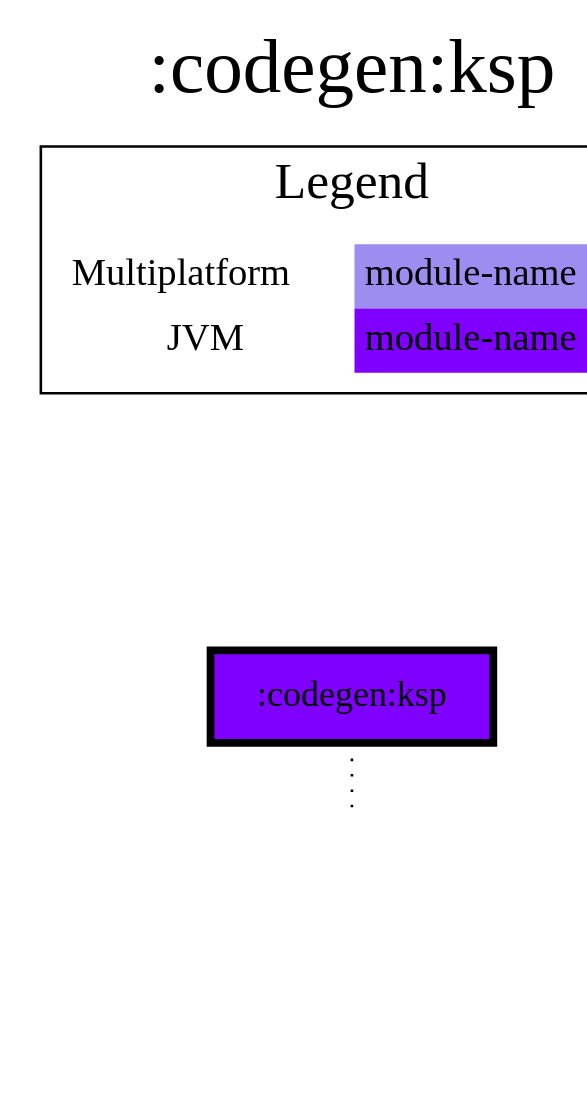
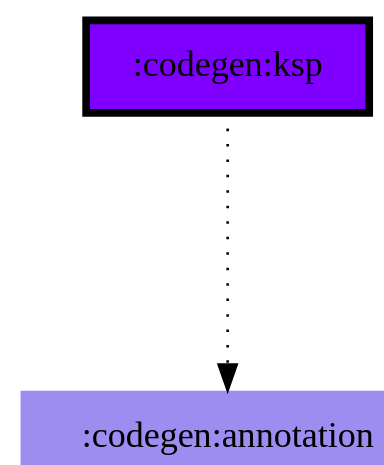
Before and after one commit to jonapoul/aktual: the diagram in modules/codegen/ksp/modules.dot, drawn with Graphviz. The commit also changed 138 other files, not shown here.

First line of the commit message:
Rework diagram generation (#465)

```diff
--- a/modules/codegen/ksp/modules.dot
+++ b/modules/codegen/ksp/modules.dot
@@ -1,23 +1,8 @@
 digraph {
 edge ["dir"="forward"]
-graph ["dpi"="100","label"=":codegen:ksp","labelloc"="t","fontsize"="30","ranksep"="1.5","rankdir"="TB"]
+graph ["dpi"="100","fontsize"="30","ranksep"="1.5","rankdir"="TB"]
 node ["style"="filled"]
 ":codegen:annotation" ["fillcolor"="#9D8DF1","shape"="none"]
 ":codegen:ksp" ["fillcolor"="#8000FF","color"="black","penwidth"="3","shape"="box"]
-{
-edge ["dir"="none"]
-graph ["rank"="same"]
-":codegen:ksp"
+":codegen:ksp" -> ":codegen:annotation" ["style"="dotted"]
 }
-":codegen:ksp" -> ":codegen:annotation" ["style"="dotted"]
-subgraph "cluster_legend" {
-edge ["dir"="none"]
-graph ["label"="Legend","fontsize"="20"]
-"Legend" ["style"="filled","fillcolor"="#FFFFFF","shape"="none","margin"="0","fontsize"="15","label"=<
-<TABLE BORDER="0" CELLBORDER="0" CELLSPACING="0" CELLPADDING="4">
-<TR><TD>Multiplatform</TD><TD BGCOLOR="#9D8DF1">module-name</TD></TR>
-<TR><TD>JVM</TD><TD BGCOLOR="#8000FF">module-name</TD></TR>
-</TABLE>
->]
-} -> ":codegen:ksp" ["style"="invis"]
-}
```
